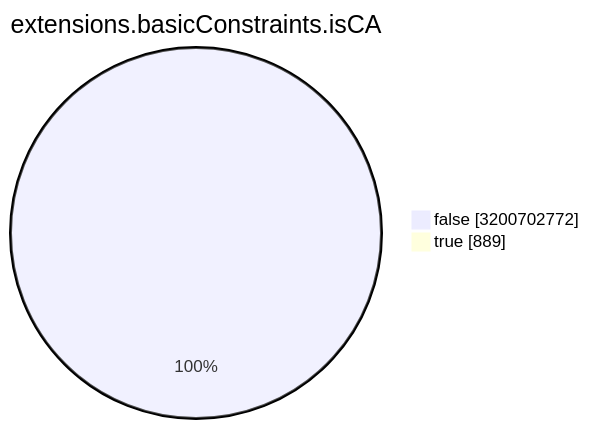
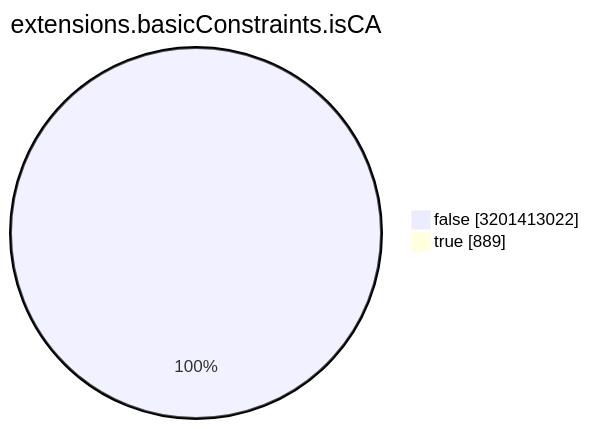
One commit to christiankrug/ctmonitor_visualization changed the seventh of 15 diagrams in TOTAL/README.md. Above: the diagram before and after it, drawn with Mermaid. The commit also changed other lines of this file, not shown here.

````diff
--- a/TOTAL/README.md
+++ b/TOTAL/README.md
@@ -3088,6 +3088,6 @@
 ```mermaid
 pie showData
 title extensions.basicConstraints.isCA
-"false" :3200702772
+"false" :3201413022
 "true" :889
 ```
````
